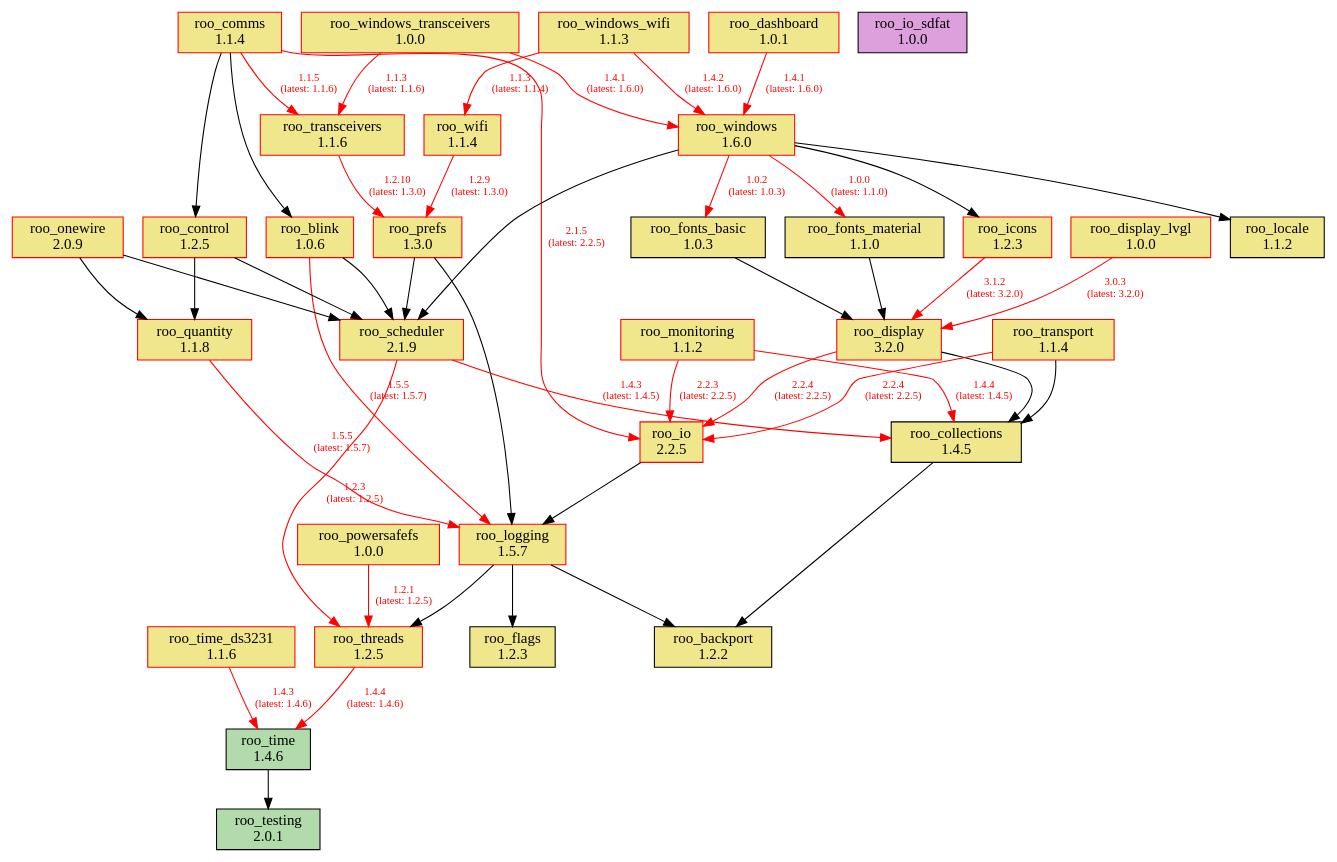
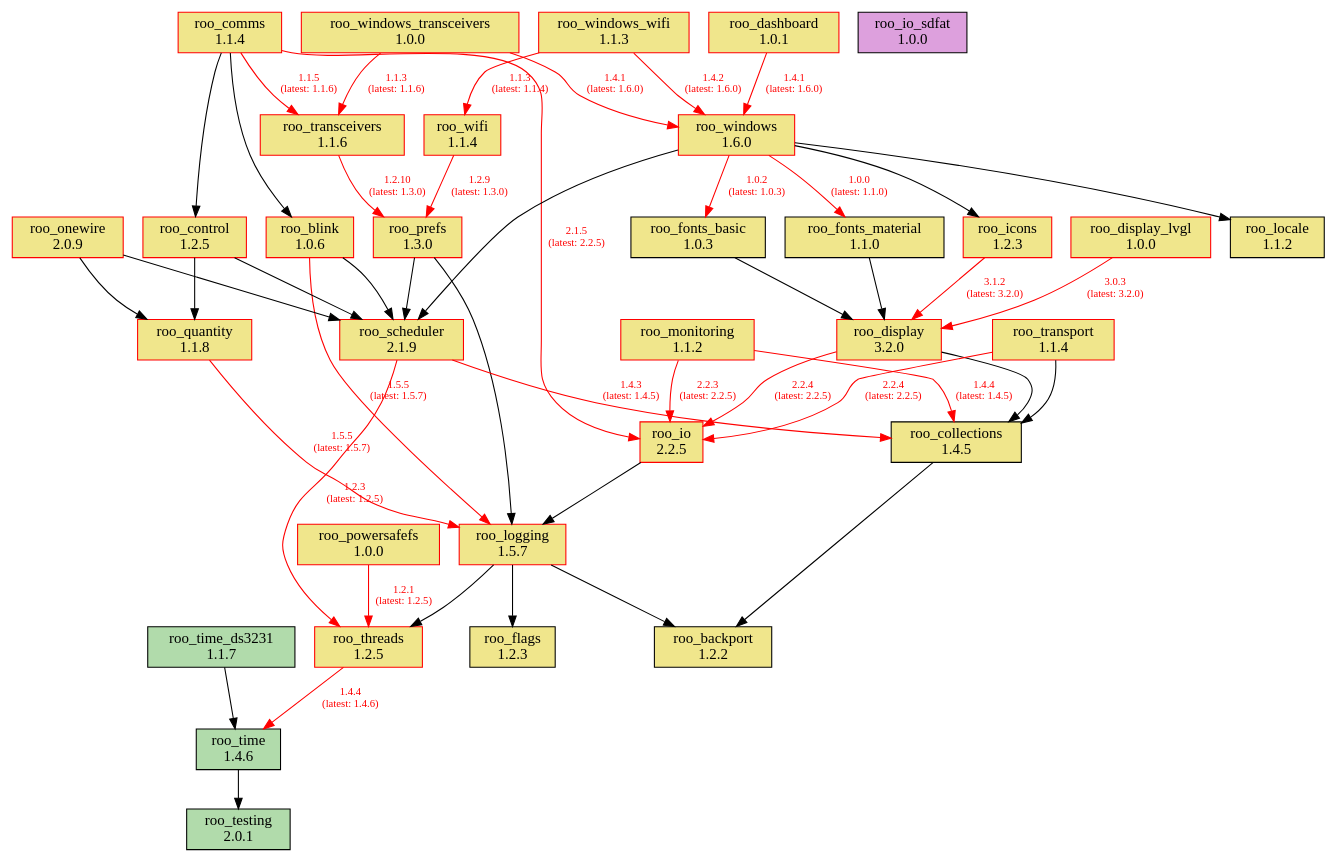
One commit to dejwk/roo-registry changed the diagram in doc/dependencies.dot. Above: the diagram before and after it, drawn with Graphviz. The commit also changed 3 other files, not shown here.

Commit message:
Added roo_time_ds3231 1.1.7 to the registry.

```diff
--- a/doc/dependencies.dot
+++ b/doc/dependencies.dot
@@ -1,87 +1,87 @@
 digraph dependencies {
     rankdir=TB;
     node [shape=box, style=filled];
     edge [fontsize=10];
 
     // Modules
     "roo_backport" [label="roo_backport\n1.2.2", fillcolor="khaki", color="black"];
     "roo_blink" [label="roo_blink\n1.0.6", fillcolor="khaki", color="red"];
     "roo_collections" [label="roo_collections\n1.4.5", fillcolor="khaki", color="black"];
     "roo_comms" [label="roo_comms\n1.1.4", fillcolor="khaki", color="red"];
     "roo_control" [label="roo_control\n1.2.5", fillcolor="khaki", color="red"];
     "roo_dashboard" [label="roo_dashboard\n1.0.1", fillcolor="khaki", color="red"];
     "roo_display" [label="roo_display\n3.2.0", fillcolor="khaki", color="red"];
     "roo_display_lvgl" [label="roo_display_lvgl\n1.0.0", fillcolor="khaki", color="red"];
     "roo_flags" [label="roo_flags\n1.2.3", fillcolor="khaki", color="black"];
     "roo_fonts_basic" [label="roo_fonts_basic\n1.0.3", fillcolor="khaki", color="black"];
     "roo_fonts_material" [label="roo_fonts_material\n1.1.0", fillcolor="khaki", color="black"];
     "roo_icons" [label="roo_icons\n1.2.3", fillcolor="khaki", color="red"];
     "roo_io" [label="roo_io\n2.2.5", fillcolor="khaki", color="red"];
     "roo_io_sdfat" [label="roo_io_sdfat\n1.0.0", fillcolor="plum", color="black"];
     "roo_locale" [label="roo_locale\n1.1.2", fillcolor="khaki", color="black"];
     "roo_logging" [label="roo_logging\n1.5.7", fillcolor="khaki", color="red"];
     "roo_monitoring" [label="roo_monitoring\n1.1.2", fillcolor="khaki", color="red"];
     "roo_onewire" [label="roo_onewire\n2.0.9", fillcolor="khaki", color="red"];
     "roo_powersafefs" [label="roo_powersafefs\n1.0.0", fillcolor="khaki", color="red"];
     "roo_prefs" [label="roo_prefs\n1.3.0", fillcolor="khaki", color="red"];
     "roo_quantity" [label="roo_quantity\n1.1.8", fillcolor="khaki", color="red"];
     "roo_scheduler" [label="roo_scheduler\n2.1.9", fillcolor="khaki", color="red"];
     "roo_testing" [label="roo_testing\n2.0.1", fillcolor="#b1dbab", color="black"];
     "roo_threads" [label="roo_threads\n1.2.5", fillcolor="khaki", color="red"];
     "roo_time" [label="roo_time\n1.4.6", fillcolor="#b1dbab", color="black"];
-    "roo_time_ds3231" [label="roo_time_ds3231\n1.1.6", fillcolor="khaki", color="red"];
+    "roo_time_ds3231" [label="roo_time_ds3231\n1.1.7", fillcolor="#b1dbab", color="black"];
     "roo_transceivers" [label="roo_transceivers\n1.1.6", fillcolor="khaki", color="red"];
     "roo_transport" [label="roo_transport\n1.1.4", fillcolor="khaki", color="red"];
     "roo_wifi" [label="roo_wifi\n1.1.4", fillcolor="khaki", color="red"];
     "roo_windows" [label="roo_windows\n1.6.0", fillcolor="khaki", color="red"];
     "roo_windows_transceivers" [label="roo_windows_transceivers\n1.0.0", fillcolor="khaki", color="red"];
     "roo_windows_wifi" [label="roo_windows_wifi\n1.1.3", fillcolor="khaki", color="red"];
 
     // Dependencies
     "roo_blink" -> "roo_logging" [color=red, fontcolor=red, label="1.5.5\n(latest: 1.5.7)"];
     "roo_blink" -> "roo_scheduler";
     "roo_collections" -> "roo_backport";
     "roo_comms" -> "roo_blink";
     "roo_comms" -> "roo_control";
     "roo_comms" -> "roo_io" [color=red, fontcolor=red, label="2.1.5\n(latest: 2.2.5)"];
     "roo_comms" -> "roo_transceivers" [color=red, fontcolor=red, label="1.1.5\n(latest: 1.1.6)"];
     "roo_control" -> "roo_quantity";
     "roo_control" -> "roo_scheduler";
     "roo_dashboard" -> "roo_windows" [color=red, fontcolor=red, label="1.4.1\n(latest: 1.6.0)"];
     "roo_display" -> "roo_collections";
     "roo_display" -> "roo_io" [color=red, fontcolor=red, label="2.2.4\n(latest: 2.2.5)"];
     "roo_display_lvgl" -> "roo_display" [color=red, fontcolor=red, label="3.0.3\n(latest: 3.2.0)"];
     "roo_fonts_basic" -> "roo_display";
     "roo_fonts_material" -> "roo_display";
     "roo_icons" -> "roo_display" [color=red, fontcolor=red, label="3.1.2\n(latest: 3.2.0)"];
     "roo_io" -> "roo_logging";
     "roo_logging" -> "roo_backport";
     "roo_logging" -> "roo_flags";
     "roo_logging" -> "roo_threads";
     "roo_monitoring" -> "roo_collections" [color=red, fontcolor=red, label="1.4.4\n(latest: 1.4.5)"];
     "roo_monitoring" -> "roo_io" [color=red, fontcolor=red, label="2.2.3\n(latest: 2.2.5)"];
     "roo_onewire" -> "roo_scheduler";
     "roo_onewire" -> "roo_quantity";
     "roo_powersafefs" -> "roo_threads" [color=red, fontcolor=red, label="1.2.1\n(latest: 1.2.5)"];
     "roo_prefs" -> "roo_logging";
     "roo_prefs" -> "roo_scheduler";
     "roo_quantity" -> "roo_logging" [color=red, fontcolor=red, label="1.5.5\n(latest: 1.5.7)"];
     "roo_scheduler" -> "roo_collections" [color=red, fontcolor=red, label="1.4.3\n(latest: 1.4.5)"];
     "roo_scheduler" -> "roo_threads" [color=red, fontcolor=red, label="1.2.3\n(latest: 1.2.5)"];
     "roo_threads" -> "roo_time" [color=red, fontcolor=red, label="1.4.4\n(latest: 1.4.6)"];
     "roo_time" -> "roo_testing";
-    "roo_time_ds3231" -> "roo_time" [color=red, fontcolor=red, label="1.4.3\n(latest: 1.4.6)"];
+    "roo_time_ds3231" -> "roo_time";
     "roo_transceivers" -> "roo_prefs" [color=red, fontcolor=red, label="1.2.10\n(latest: 1.3.0)"];
     "roo_transport" -> "roo_collections";
     "roo_transport" -> "roo_io" [color=red, fontcolor=red, label="2.2.4\n(latest: 2.2.5)"];
     "roo_wifi" -> "roo_prefs" [color=red, fontcolor=red, label="1.2.9\n(latest: 1.3.0)"];
     "roo_windows" -> "roo_fonts_basic" [color=red, fontcolor=red, label="1.0.2\n(latest: 1.0.3)"];
     "roo_windows" -> "roo_fonts_material" [color=red, fontcolor=red, label="1.0.0\n(latest: 1.1.0)"];
     "roo_windows" -> "roo_locale";
     "roo_windows" -> "roo_icons";
     "roo_windows" -> "roo_scheduler";
     "roo_windows_transceivers" -> "roo_transceivers" [color=red, fontcolor=red, label="1.1.3\n(latest: 1.1.6)"];
     "roo_windows_transceivers" -> "roo_windows" [color=red, fontcolor=red, label="1.4.1\n(latest: 1.6.0)"];
     "roo_windows_wifi" -> "roo_wifi" [color=red, fontcolor=red, label="1.1.3\n(latest: 1.1.4)"];
     "roo_windows_wifi" -> "roo_windows" [color=red, fontcolor=red, label="1.4.2\n(latest: 1.6.0)"];
 }
```
